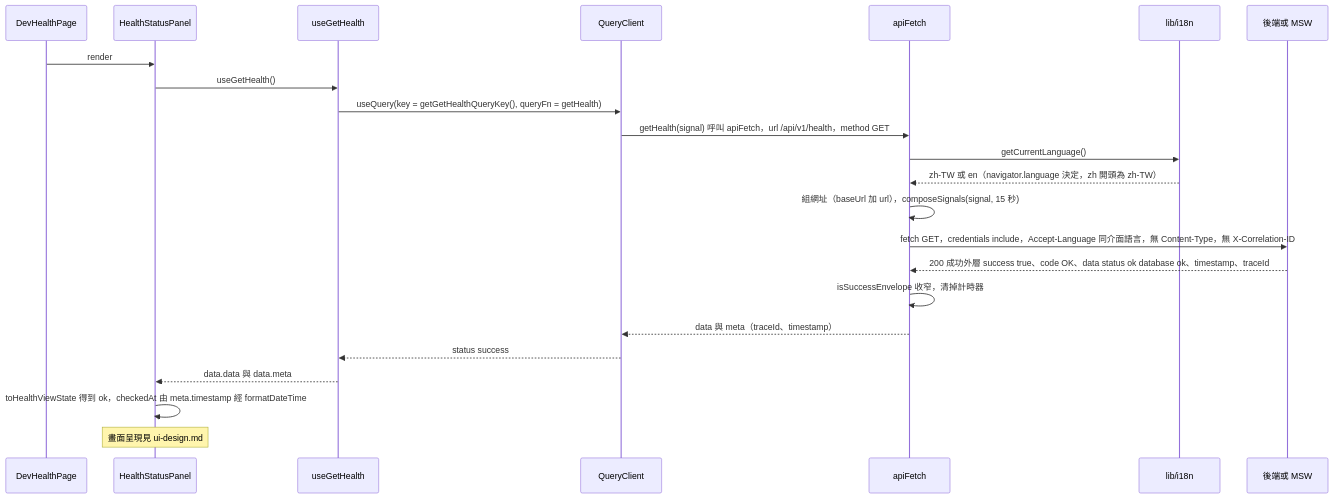
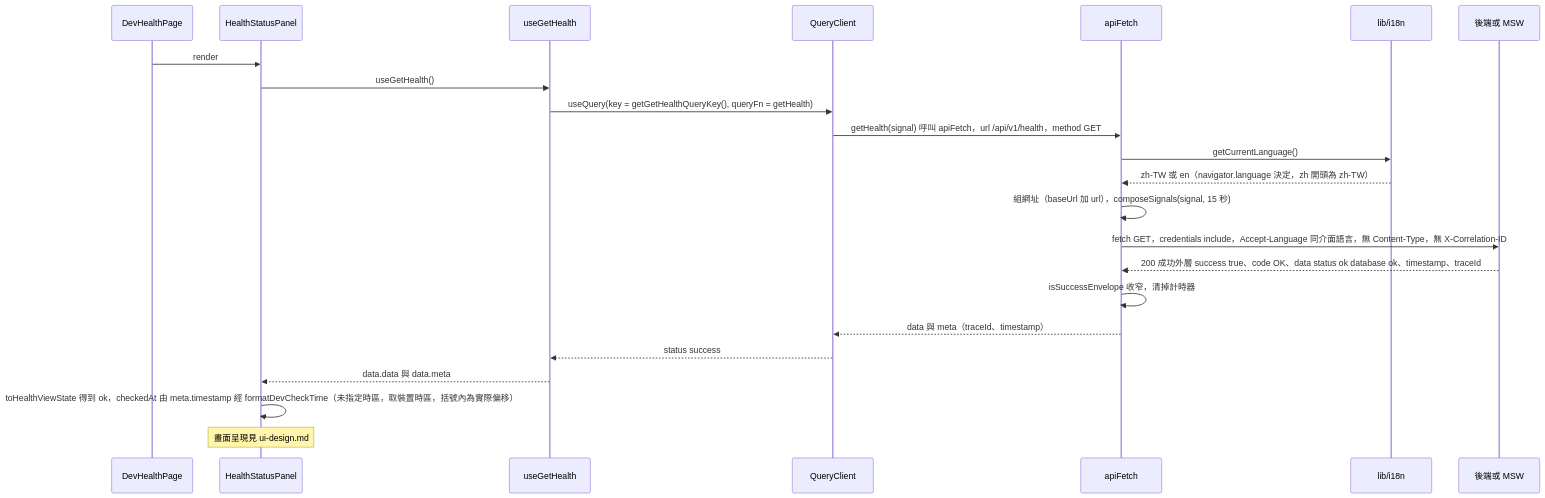
The third of 14 diagrams in openspec/changes/frontend-skeleton/system-design.md (label-suite/label-suite), drawn with Mermaid before and after one commit. The commit also changed other lines of this file and 2 other files, not shown here.

````diff
--- a/openspec/changes/frontend-skeleton/system-design.md
+++ b/openspec/changes/frontend-skeleton/system-design.md
@@ -544,25 +573,25 @@
 ```mermaid
 sequenceDiagram
   participant Page as DevHealthPage
   participant Panel as HealthStatusPanel
   participant Hook as useGetHealth
   participant QC as QueryClient
   participant Mut as apiFetch
   participant I18n as lib/i18n
   participant Net as 後端或 MSW
   Page->>Panel: render
   Panel->>Hook: useGetHealth()
   Hook->>QC: useQuery(key = getGetHealthQueryKey(), queryFn = getHealth)
   QC->>Mut: getHealth(signal) 呼叫 apiFetch，url /api/v1/health，method GET
   Mut->>I18n: getCurrentLanguage()
   I18n-->>Mut: zh-TW 或 en（navigator.language 決定，zh 開頭為 zh-TW）
   Mut->>Mut: 組網址（baseUrl 加 url），composeSignals(signal, 15 秒)
   Mut->>Net: fetch GET，credentials include，Accept-Language 同介面語言，無 Content-Type，無 X-Correlation-ID
   Net-->>Mut: 200 成功外層 success true、code OK、data status ok database ok、timestamp、traceId
   Mut->>Mut: isSuccessEnvelope 收窄，清掉計時器
   Mut-->>QC: data 與 meta（traceId、timestamp）
   QC-->>Hook: status success
   Hook-->>Panel: data.data 與 data.meta
-  Panel->>Panel: toHealthViewState 得到 ok，checkedAt 由 meta.timestamp 經 formatDateTime
+  Panel->>Panel: toHealthViewState 得到 ok，checkedAt 由 meta.timestamp 經 formatDevCheckTime（未指定時區，取裝置時區，括號內為實際偏移）
   Note over Panel: 畫面呈現見 ui-design.md
 ```
````
